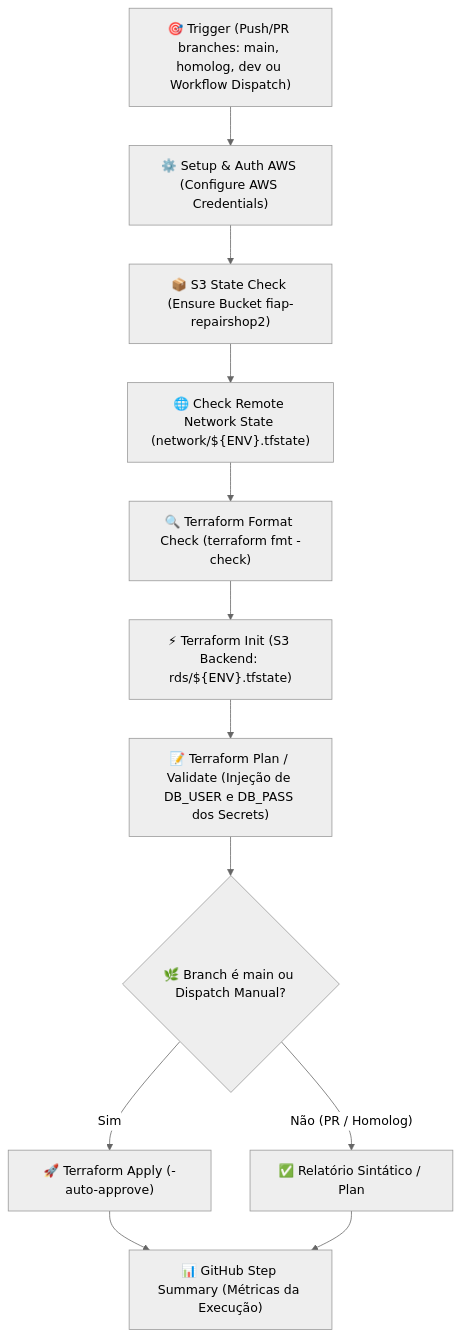
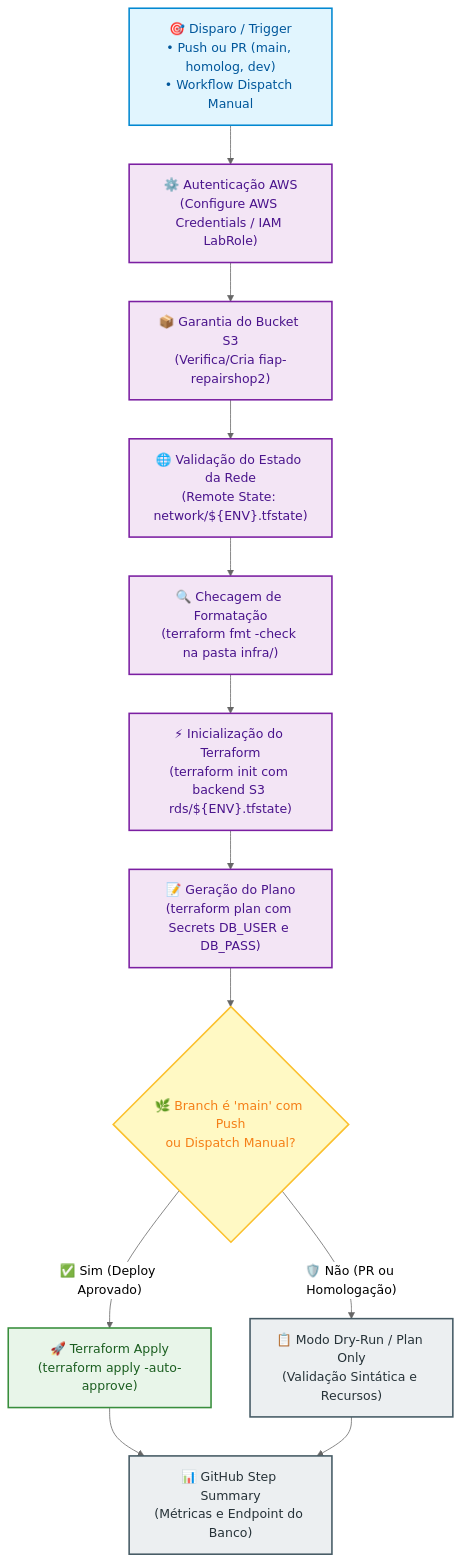
One commit to tech-challenge-fiap-repairshop/tech-challenge-repairshop-infra-db-rds changed the third of 4 diagrams in README.md. Above: the diagram before and after it, drawn with Mermaid (neutral theme). The commit also changed other lines of this file, not shown here.

Commit message:
docs: standardize Mermaid diagrams with enhanced styling, spacing and Git Flow

````diff
--- a/README.md
+++ b/README.md
@@ -145,14 +161,23 @@
 ```mermaid
 flowchart TD
-    A["🎯 Trigger (Push/PR branches: main, homolog, dev ou Workflow Dispatch)"] --> B["⚙️ Setup & Auth AWS (Configure AWS Credentials)"]
-    B --> C["📦 S3 State Check (Ensure Bucket fiap-repairshop2)"]
-    C --> D["🌐 Check Remote Network State (network/${ENV}.tfstate)"]
-    D --> E["🔍 Terraform Format Check (terraform fmt -check)"]
-    E --> F["⚡ Terraform Init (S3 Backend: rds/${ENV}.tfstate)"]
-    F --> G["📝 Terraform Plan / Validate (Injeção de DB_USER e DB_PASS dos Secrets)"]
-    G --> H{"🌿 Branch é main ou Dispatch Manual?"}
-    H -- "Sim" --> I["🚀 Terraform Apply (-auto-approve)"]
-    H -- "Não (PR / Homolog)" --> J["✅ Relatório Sintático / Plan"]
-    I --> K["📊 GitHub Step Summary (Métricas da Execução)"]
+    classDef triggerStyle fill:#E1F5FE,stroke:#0288D1,stroke-width:2px,color:#01579B
+    classDef stepStyle fill:#F3E5F5,stroke:#7B1FA2,stroke-width:2px,color:#4A148C
+    classDef gateStyle fill:#FFF9C4,stroke:#FBC02D,stroke-width:2px,color:#F57F17
+    classDef deployStyle fill:#E8F5E9,stroke:#388E3C,stroke-width:2px,color:#1B5E20
+    classDef reportStyle fill:#ECEFF1,stroke:#455A64,stroke-width:2px,color:#263238
+
+    A["🎯 Disparo / Trigger\n• Push ou PR (main, homolog, dev)\n• Workflow Dispatch Manual"]:::triggerStyle
+    A --> B["⚙️ Autenticação AWS\n(Configure AWS Credentials / IAM LabRole)"]:::stepStyle
+    B --> C["📦 Garantia do Bucket S3\n(Verifica/Cria fiap-repairshop2)"]:::stepStyle
+    C --> D["🌐 Validação do Estado da Rede\n(Remote State: network/${ENV}.tfstate)"]:::stepStyle
+    D --> E["🔍 Checagem de Formatação\n(terraform fmt -check na pasta infra/)"]:::stepStyle
+    E --> F["⚡ Inicialização do Terraform\n(terraform init com backend S3 rds/${ENV}.tfstate)"]:::stepStyle
+    F --> G["📝 Geração do Plano\n(terraform plan com Secrets DB_USER e DB_PASS)"]:::stepStyle
+    G --> H{"🌿 Branch é 'main' com Push\nou Dispatch Manual?"}:::gateStyle
+    
+    H -- "✅ Sim (Deploy Aprovado)" --> I["🚀 Terraform Apply\n(terraform apply -auto-approve)"]:::deployStyle
+    H -- "🛡️ Não (PR ou Homologação)" --> J["📋 Modo Dry-Run / Plan Only\n(Validação Sintática e Recursos)"]:::reportStyle
+    
+    I --> K["📊 GitHub Step Summary\n(Métricas e Endpoint do Banco)"]:::reportStyle
     J --> K
 ```
````
